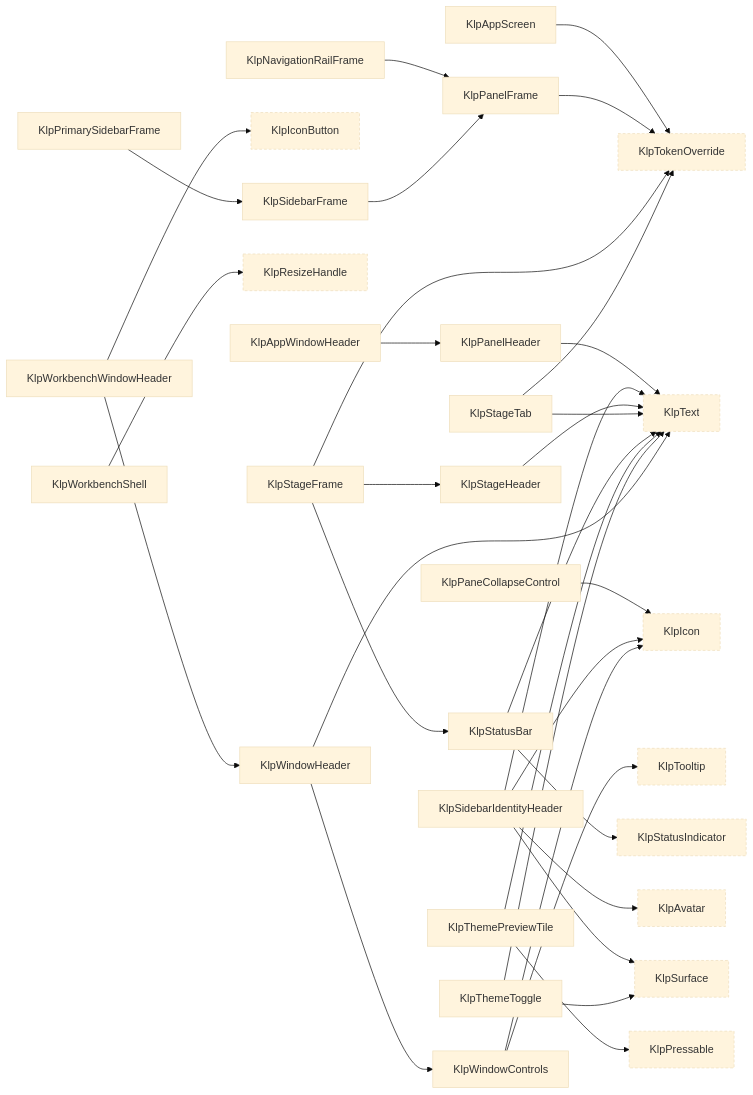
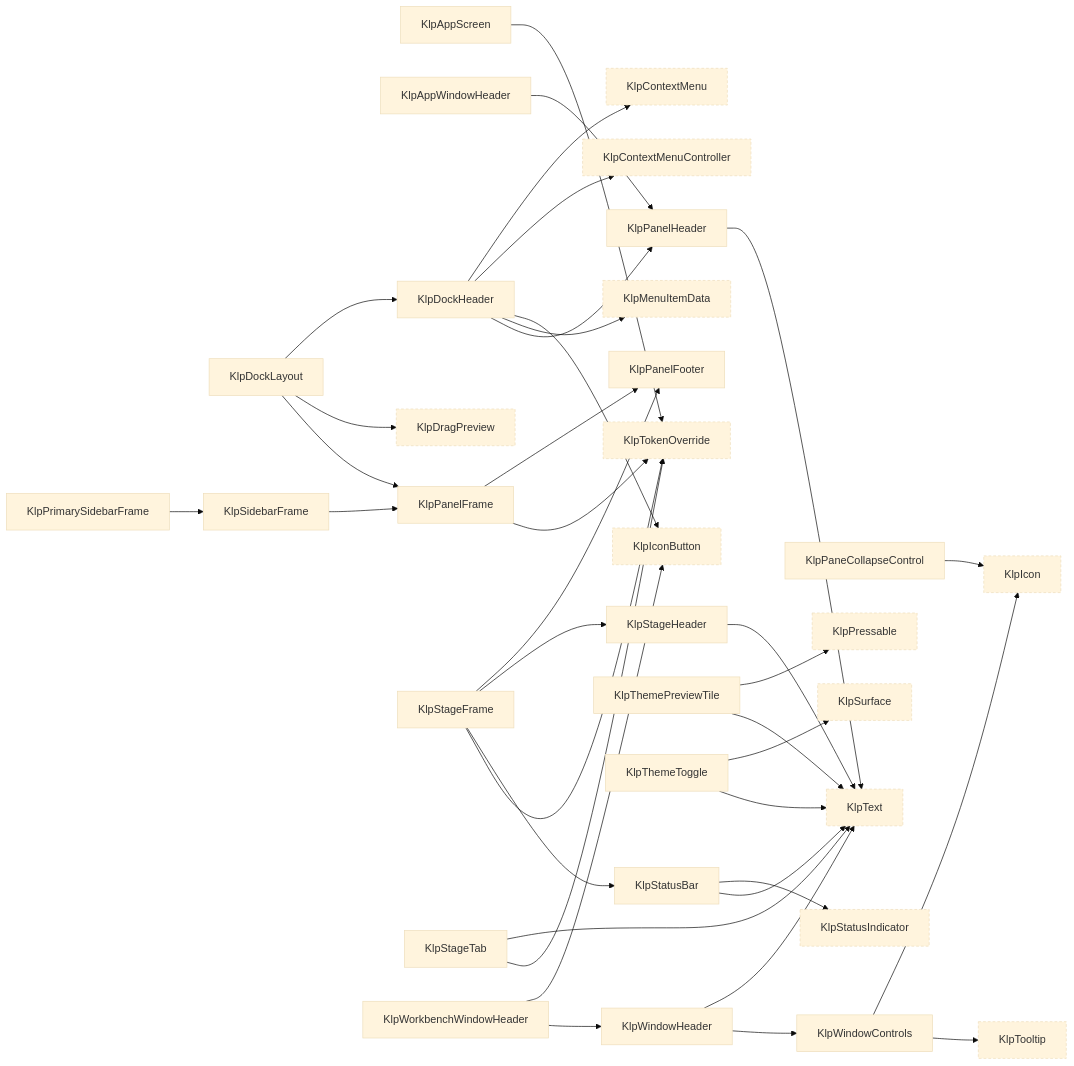
Before and after one commit to MiuDog/Kallopis: diagram 16 of 18 in spec/component-inventory.md, drawn with Mermaid (base theme). The commit also changed other lines of this file and 1105 other files, not shown here.

Commit message:
refactor: establish semantic design architecture

````diff
--- a/spec/component-inventory.md
+++ b/spec/component-inventory.md
@@ -1231,64 +1279,70 @@
 ```mermaid
 graph LR
   KlpAppScreen["KlpAppScreen"]
   KlpAppWindowHeader["KlpAppWindowHeader"]
-  KlpAvatar["KlpAvatar"]:::external
+  KlpContextMenu["KlpContextMenu"]:::external
+  KlpContextMenuController["KlpContextMenuController"]:::external
+  KlpDockHeader["KlpDockHeader"]
+  KlpDockLayout["KlpDockLayout"]
+  KlpDragPreview["KlpDragPreview"]:::external
   KlpIcon["KlpIcon"]:::external
   KlpIconButton["KlpIconButton"]:::external
-  KlpNavigationRailFrame["KlpNavigationRailFrame"]
+  KlpMenuItemData["KlpMenuItemData"]:::external
   KlpPaneCollapseControl["KlpPaneCollapseControl"]
+  KlpPanelFooter["KlpPanelFooter"]
   KlpPanelFrame["KlpPanelFrame"]
   KlpPanelHeader["KlpPanelHeader"]
   KlpPressable["KlpPressable"]:::external
   KlpPrimarySidebarFrame["KlpPrimarySidebarFrame"]
-  KlpResizeHandle["KlpResizeHandle"]:::external
   KlpSidebarFrame["KlpSidebarFrame"]
-  KlpSidebarIdentityHeader["KlpSidebarIdentityHeader"]
   KlpStageFrame["KlpStageFrame"]
   KlpStageHeader["KlpStageHeader"]
   KlpStageTab["KlpStageTab"]
   KlpStatusBar["KlpStatusBar"]
   KlpStatusIndicator["KlpStatusIndicator"]:::external
   KlpSurface["KlpSurface"]:::external
   KlpText["KlpText"]:::external
   KlpThemePreviewTile["KlpThemePreviewTile"]
   KlpThemeToggle["KlpThemeToggle"]
   KlpTokenOverride["KlpTokenOverride"]:::external
   KlpTooltip["KlpTooltip"]:::external
   KlpWindowControls["KlpWindowControls"]
   KlpWindowHeader["KlpWindowHeader"]
-  KlpWorkbenchShell["KlpWorkbenchShell"]
   KlpWorkbenchWindowHeader["KlpWorkbenchWindowHeader"]
   KlpAppScreen --> KlpTokenOverride
   KlpAppWindowHeader --> KlpPanelHeader
-  KlpNavigationRailFrame --> KlpPanelFrame
+  KlpDockHeader --> KlpContextMenu
+  KlpDockHeader --> KlpContextMenuController
+  KlpDockHeader --> KlpIconButton
+  KlpDockHeader --> KlpMenuItemData
+  KlpDockHeader --> KlpPanelHeader
+  KlpDockLayout --> KlpDockHeader
+  KlpDockLayout --> KlpDragPreview
+  KlpDockLayout --> KlpPanelFrame
   KlpPaneCollapseControl --> KlpIcon
+  KlpPanelFrame --> KlpPanelFooter
   KlpPanelFrame --> KlpTokenOverride
   KlpPanelHeader --> KlpText
   KlpPrimarySidebarFrame --> KlpSidebarFrame
   KlpSidebarFrame --> KlpPanelFrame
-  KlpSidebarIdentityHeader --> KlpAvatar
-  KlpSidebarIdentityHeader --> KlpIcon
-  KlpSidebarIdentityHeader --> KlpSurface
-  KlpSidebarIdentityHeader --> KlpText
+  KlpStageFrame --> KlpPanelFooter
   KlpStageFrame --> KlpStageHeader
   KlpStageFrame --> KlpStatusBar
   KlpStageFrame --> KlpTokenOverride
   KlpStageHeader --> KlpText
   KlpStageTab --> KlpText
   KlpStageTab --> KlpTokenOverride
   KlpStatusBar --> KlpStatusIndicator
   KlpStatusBar --> KlpText
   KlpThemePreviewTile --> KlpPressable
   KlpThemePreviewTile --> KlpText
   KlpThemeToggle --> KlpSurface
   KlpThemeToggle --> KlpText
   KlpWindowControls --> KlpIcon
   KlpWindowControls --> KlpTooltip
   KlpWindowHeader --> KlpText
   KlpWindowHeader --> KlpWindowControls
-  KlpWorkbenchShell --> KlpResizeHandle
   KlpWorkbenchWindowHeader --> KlpIconButton
   KlpWorkbenchWindowHeader --> KlpWindowHeader
   classDef external stroke-dasharray: 4 3;
 ```
````
